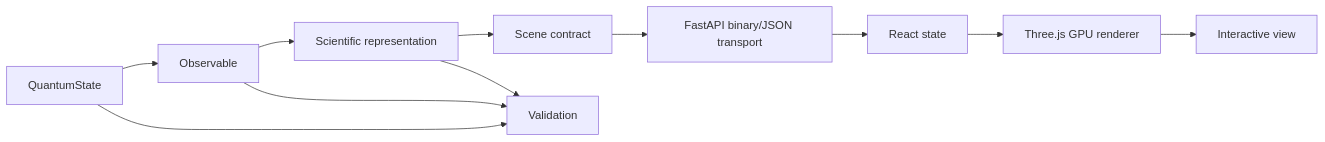
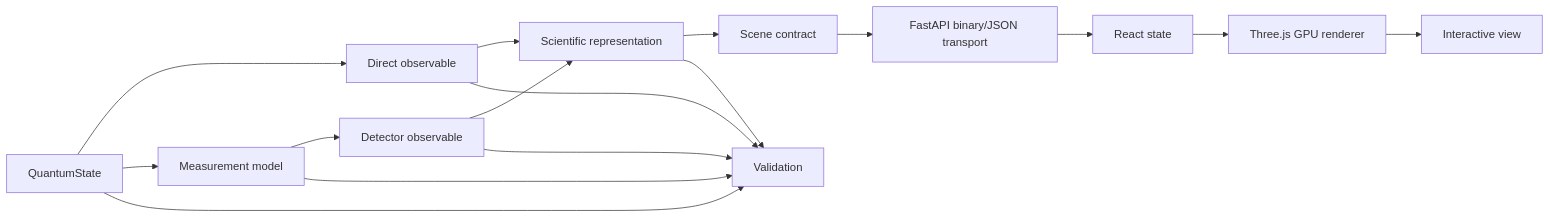
Before and after one commit to longwarriors/Atmoic-quantum-visualization: the diagram in docs/concepts/architecture.md, drawn with Mermaid. The commit also changed other lines of this file and 61 other files, not shown here.

````diff
--- a/docs/concepts/architecture.md
+++ b/docs/concepts/architecture.md
@@ -9,13 +9,18 @@
 ```mermaid
 graph LR
-    A[QuantumState] --> B[Observable]
+    A[QuantumState] --> B[Direct observable]
+    A --> M[Measurement model]
+    M --> N[Detector observable]
     B --> C[Scientific representation]
+    N --> C
     C --> D[Scene contract]
     D --> E[FastAPI binary/JSON transport]
     E --> F[React state]
     F --> G[Three.js GPU renderer]
     G --> H[Interactive view]
     A --> I[Validation]
     B --> I
+    M --> I
+    N --> I
     C --> I
 ```
````
